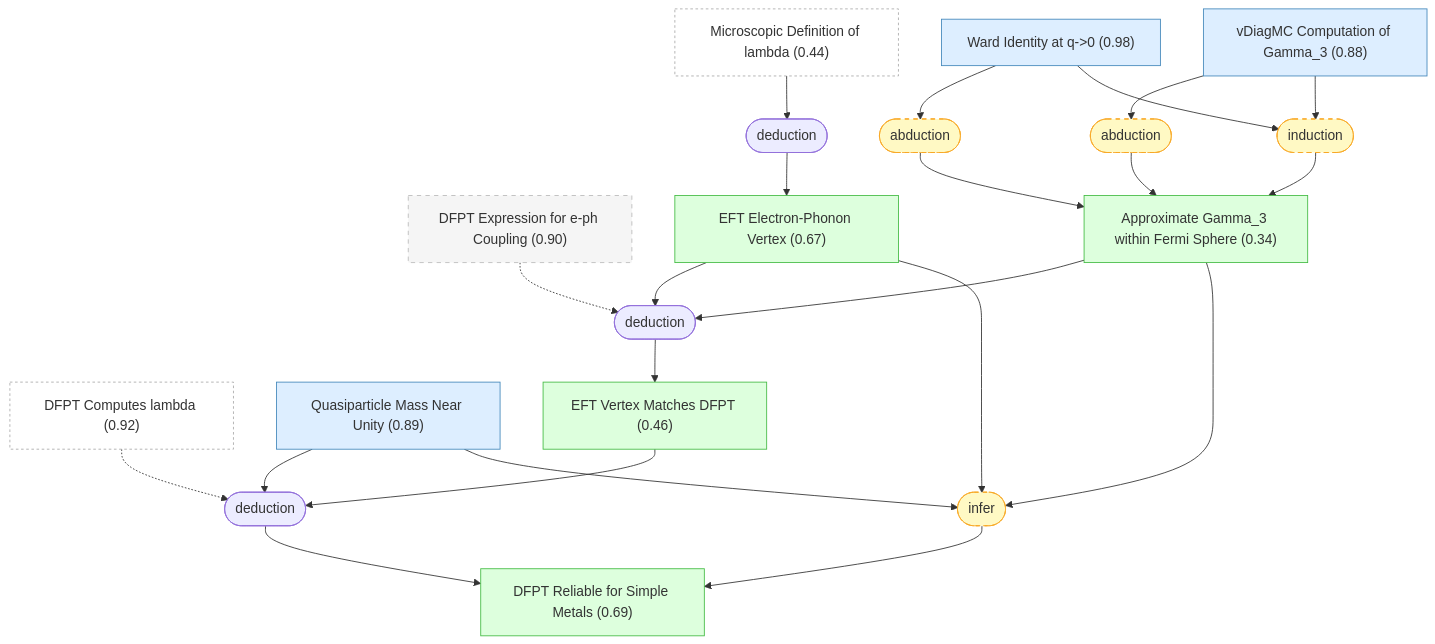
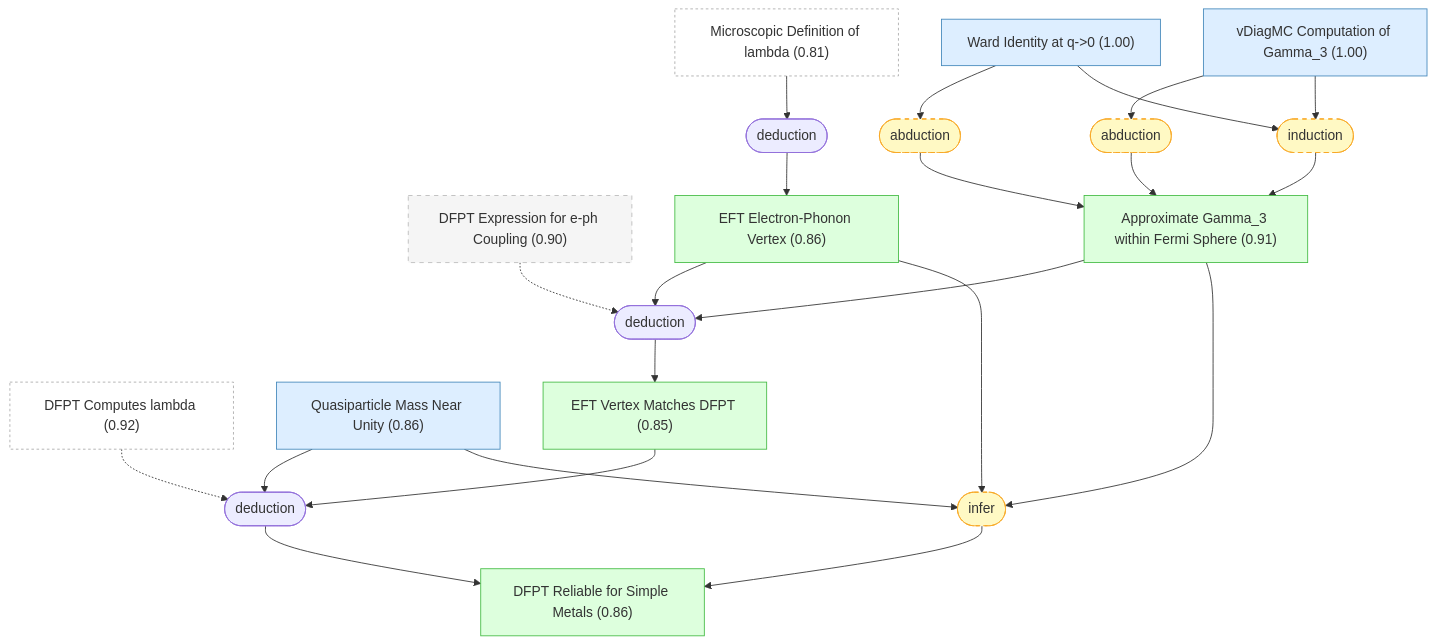
Before and after one commit to kunyuan/SuperconductivityElectronLiquids.gaia: the fifth of 6 diagrams in README.md, drawn with Mermaid. The commit also changed other lines of this file and 1 other file, not shown here.

````diff
--- a/README.md
+++ b/README.md
@@ -598,51 +598,51 @@
 ```mermaid
 graph TD
     dfpt_computes_lambda["DFPT Computes lambda (0.92)"]:::external
-    lambda_microscopic_definition["Microscopic Definition of lambda (0.44)"]:::external
-    ward_identity["Ward Identity at q->0 (0.98)"]:::premise
-    gamma3_vdiagmc["vDiagMC Computation of Gamma_3 (0.88)"]:::premise
+    lambda_microscopic_definition["Microscopic Definition of lambda (0.81)"]:::external
+    ward_identity["Ward Identity at q->0 (1.00)"]:::premise
+    gamma3_vdiagmc["vDiagMC Computation of Gamma_3 (1.00)"]:::premise
     dfpt_eph_ansatz["DFPT Expression for e-ph Coupling (0.90)"]:::background
-    quasiparticle_mass_near_unity["Quasiparticle Mass Near Unity (0.89)"]:::premise
-    eft_eph_vertex["EFT Electron-Phonon Vertex (0.67)"]:::derived
-    gamma3_approximation["Approximate Gamma_3 within Fermi Sphere (0.34)"]:::derived
-    eft_vertex_matches_dfpt["EFT Vertex Matches DFPT (0.46)"]:::derived
-    dfpt_reliable_for_simple_metals["DFPT Reliable for Simple Metals (0.69)"]:::derived
+    quasiparticle_mass_near_unity["Quasiparticle Mass Near Unity (0.86)"]:::premise
+    eft_eph_vertex["EFT Electron-Phonon Vertex (0.86)"]:::derived
+    gamma3_approximation["Approximate Gamma_3 within Fermi Sphere (0.91)"]:::derived
+    eft_vertex_matches_dfpt["EFT Vertex Matches DFPT (0.85)"]:::derived
+    dfpt_reliable_for_simple_metals["DFPT Reliable for Simple Metals (0.86)"]:::derived
     strat_12(["deduction"])
     lambda_microscopic_definition --> strat_12
     strat_12 --> eft_eph_vertex
     strat_13(["abduction"]):::weak
     ward_identity --> strat_13
     strat_13 --> gamma3_approximation
     strat_14(["abduction"]):::weak
     gamma3_vdiagmc --> strat_14
     strat_14 --> gamma3_approximation
     strat_15(["induction"]):::weak
     ward_identity --> strat_15
     gamma3_vdiagmc --> strat_15
     strat_15 --> gamma3_approximation
     strat_16(["deduction"])
     eft_eph_vertex --> strat_16
     gamma3_approximation --> strat_16
     dfpt_eph_ansatz -.-> strat_16
     strat_16 --> eft_vertex_matches_dfpt
     strat_17(["deduction"])
     eft_vertex_matches_dfpt --> strat_17
     quasiparticle_mass_near_unity --> strat_17
     dfpt_computes_lambda -.-> strat_17
     strat_17 --> dfpt_reliable_for_simple_metals
     strat_18(["infer"]):::weak
     eft_eph_vertex --> strat_18
     gamma3_approximation --> strat_18
     quasiparticle_mass_near_unity --> strat_18
     strat_18 --> dfpt_reliable_for_simple_metals
 
     classDef setting fill:#f0f0f0,stroke:#999,color:#333
     classDef premise fill:#ddeeff,stroke:#4488bb,color:#333
     classDef derived fill:#ddffdd,stroke:#44bb44,color:#333
     classDef question fill:#fff3dd,stroke:#cc9944,color:#333
     classDef background fill:#f5f5f5,stroke:#bbb,stroke-dasharray: 5 5,color:#333
     classDef orphan fill:#fff,stroke:#ccc,stroke-dasharray: 5 5,color:#333
     classDef external fill:#fff,stroke:#aaa,stroke-dasharray: 3 3,color:#333
     classDef weak fill:#fff9c4,stroke:#f9a825,stroke-dasharray: 5 5,color:#333
     classDef contra fill:#ffebee,stroke:#c62828,color:#333
 ```
````
